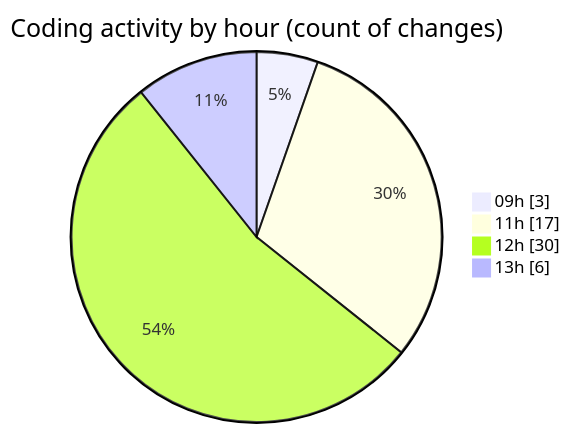
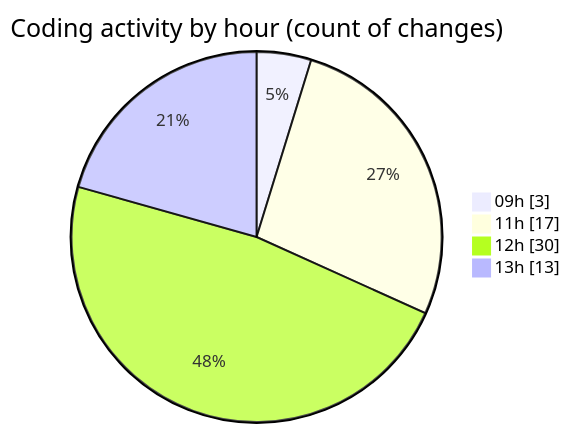
One commit to julien-gomy/code-tracking changed the second of 2 diagrams in 2025-10-15/eventscop-api-guide__workspace_/README.md. Above: the diagram before and after it, drawn with Mermaid. The commit also changed other lines of this file and 1 other file, not shown here.

````diff
--- a/2025-10-15/eventscop-api-guide__workspace_/README.md
+++ b/2025-10-15/eventscop-api-guide__workspace_/README.md
@@ -38,8 +39,8 @@
 ```mermaid
 pie showData
 title Coding activity by hour (count of changes)
 "09h" : 3
 "11h" : 17
 "12h" : 30
-"13h" : 6
+"13h" : 13
 ```
````
